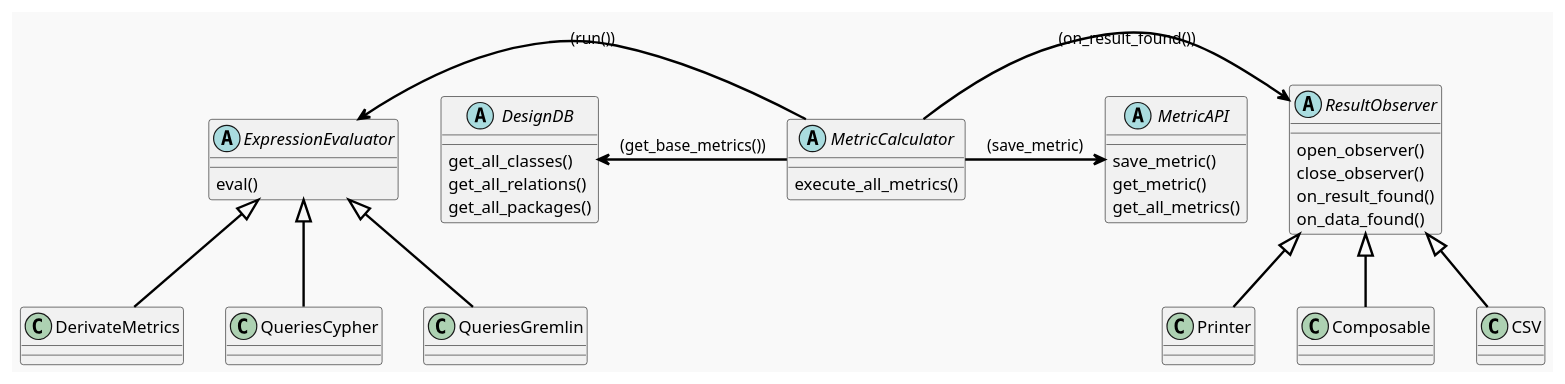
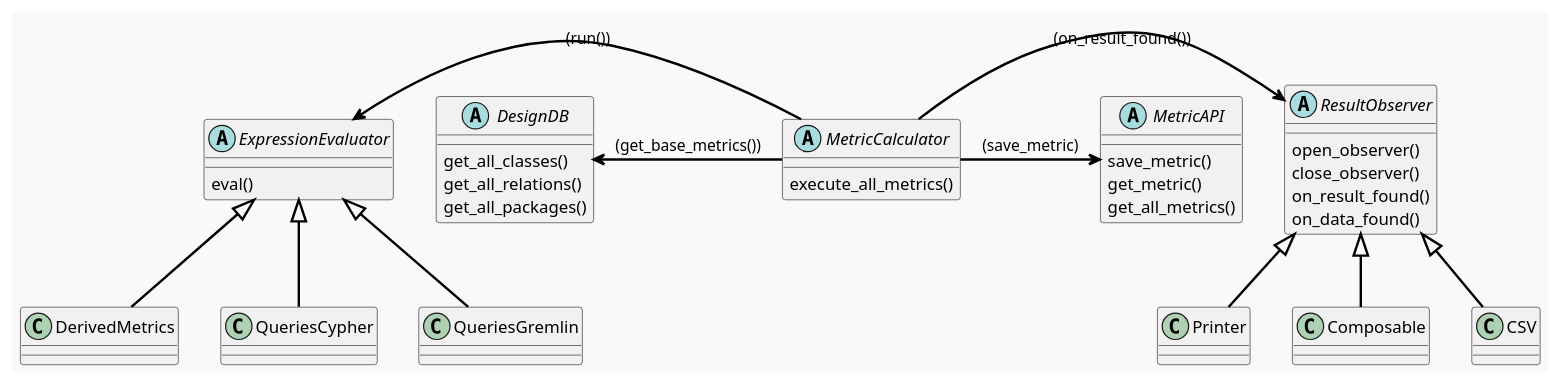
The diagram in Design/metric_calculator-result_obs.plantuml (GonzaloGarciaZurlo/CodeDesignDeltaEvaluator), drawn with PlantUML before and after one commit. The commit also changed 7 other files, not shown here.

```diff
--- a/Design/metric_calculator-result_obs.plantuml
+++ b/Design/metric_calculator-result_obs.plantuml
@@ -1,55 +1,55 @@
 @startuml MetricCalculator-resultObserver
 skinparam packageStyle rectangle
 skinparam shadowing false
 skinparam backgroundColor #F9F9F9
 skinparam packageBackgroundColor #DDDDDD
 skinparam packageBorderColor #000000
 skinparam arrowColor #000000
 skinparam arrowThickness 2
 
 abstract class MetricCalculator {
     execute_all_metrics()
 }
 abstract class ExpressionEvaluator {
     eval()
 }
 abstract class MetricAPI {
     save_metric()
     get_metric()
     get_all_metrics()
 }
 abstract class DesignDB{
     get_all_classes()
     get_all_relations()
     get_all_packages()
 }
 abstract class ResultObserver {
     open_observer()
     close_observer()
     on_result_found()
     on_data_found()
 }
 
-class DerivateMetrics
+class DerivedMetrics
 class QueriesCypher
 class QueriesGremlin
 
 class Printer
 class Composable
 class CSV
 
 
 ExpressionEvaluator <|-- QueriesCypher   
 ExpressionEvaluator <|-- QueriesGremlin
-ExpressionEvaluator <|-- DerivateMetrics
+ExpressionEvaluator <|-- DerivedMetrics
 
 ResultObserver <|-- Printer
 ResultObserver <|-- Composable
 ResultObserver <|-- CSV
 
 ExpressionEvaluator <- MetricCalculator : (run())
 MetricCalculator -> ResultObserver : (on_result_found())
 DesignDB <- MetricCalculator : (get_base_metrics())
 MetricCalculator  -> MetricAPI : (save_metric)
 
 @enduml
```
